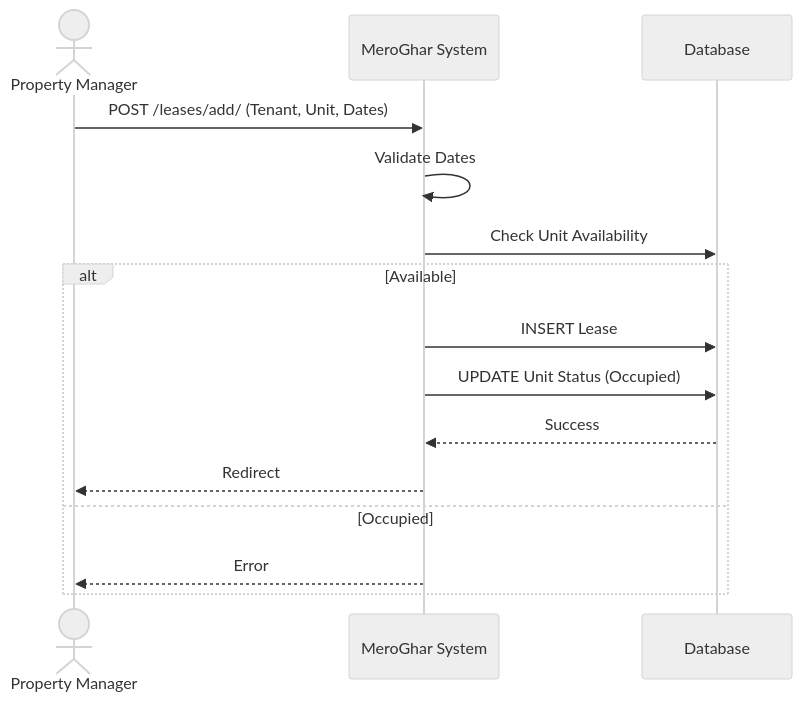
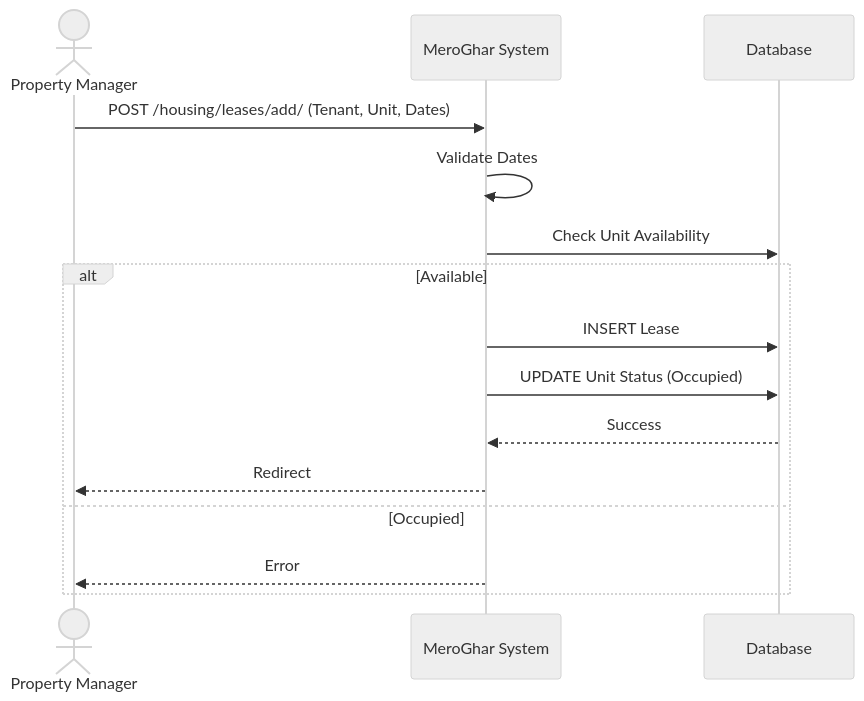
One commit to 0Ankit0/meroghar changed the second of 4 diagrams in docs/workflows/lease.md. Above: the diagram before and after it, drawn with Mermaid (neutral theme). The commit also changed other lines of this file and 12 other files, not shown here.

````diff
--- a/docs/workflows/lease.md
+++ b/docs/workflows/lease.md
@@ -35,19 +35,19 @@
 ```mermaid
 sequenceDiagram
     actor Manager as Property Manager
     participant System as MeroGhar System
     participant DB as Database
 
-    Manager->>System: POST /leases/add/ (Tenant, Unit, Dates)
+    Manager->>System: POST /housing/leases/add/ (Tenant, Unit, Dates)
     System->>System: Validate Dates
     System->>DB: Check Unit Availability
     
     alt Available
         System->>DB: INSERT Lease
         System->>DB: UPDATE Unit Status (Occupied)
         DB-->>System: Success
         System-->>Manager: Redirect
     else Occupied
         System-->>Manager: Error
     end
 ```
````
